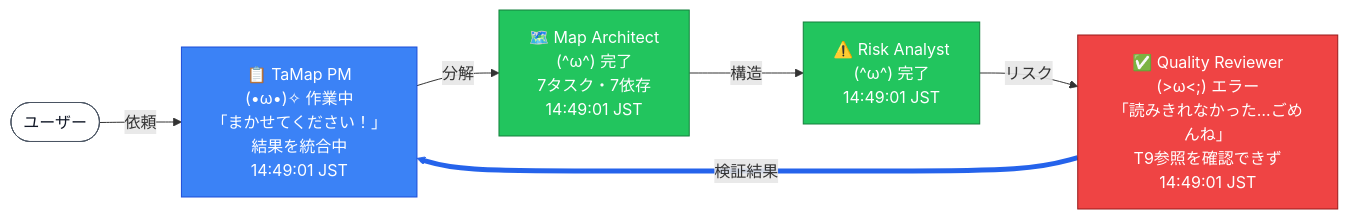
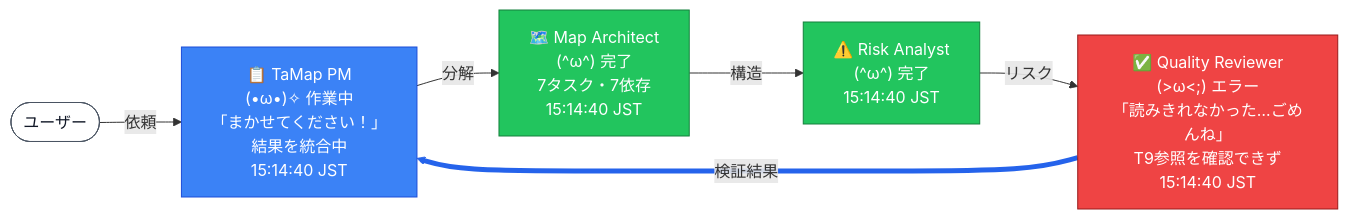
The eighth of 14 diagrams in docs/sample_output.md (nekomario28/tamap), drawn with Mermaid before and after one commit. The commit also changed other lines of this file and 10 other files, not shown here.

````diff
--- a/docs/sample_output.md
+++ b/docs/sample_output.md
@@ -217,23 +253,23 @@
 ```mermaid
 flowchart LR
   U(["ユーザー"])
-  PM["📋 TaMap PM<br>(•ω•)✧ 作業中<br>「まかせてください！」<br>結果を統合中<br>14:49:01 JST"]
-  MA["🗺️ Map Architect<br>(^ω^) 完了<br>7タスク・7依存<br>14:49:01 JST"]
-  RA["⚠️ Risk Analyst<br>(^ω^) 完了<br>14:49:01 JST"]
-  QR["✅ Quality Reviewer<br>(#gt;ω#lt;;) エラー<br>「読みきれなかった…ごめんね」<br>T9参照を確認できず<br>14:49:01 JST"]
+  PM["📋 TaMap PM<br>(•ω•)✧ 作業中<br>「まかせてください！」<br>結果を統合中<br>15:14:40 JST"]
+  MA["🗺️ Map Architect<br>(^ω^) 完了<br>7タスク・7依存<br>15:14:40 JST"]
+  RA["⚠️ Risk Analyst<br>(^ω^) 完了<br>15:14:40 JST"]
+  QR["✅ Quality Reviewer<br>(#gt;ω#lt;;) エラー<br>「読みきれなかった…ごめんね」<br>T9参照を確認できず<br>15:14:40 JST"]
   U -- 依頼 --> PM
   PM -- 分解 --> MA
   MA -- 構造 --> RA
   RA -- リスク --> QR
   QR -- 検証結果 --> PM
   classDef idle fill:#9ca3af,stroke:#4b5563,color:#111827
   classDef working fill:#3b82f6,stroke:#1d4ed8,color:#ffffff
   classDef done fill:#22c55e,stroke:#15803d,color:#ffffff
   classDef error fill:#ef4444,stroke:#991b1b,color:#ffffff
   classDef user fill:#ffffff,stroke:#4b5563,color:#111827
   class U user
   class PM working
   class MA,RA done
   class QR error
   linkStyle 4 stroke:#2563eb,stroke-width:5px
 ```
````
